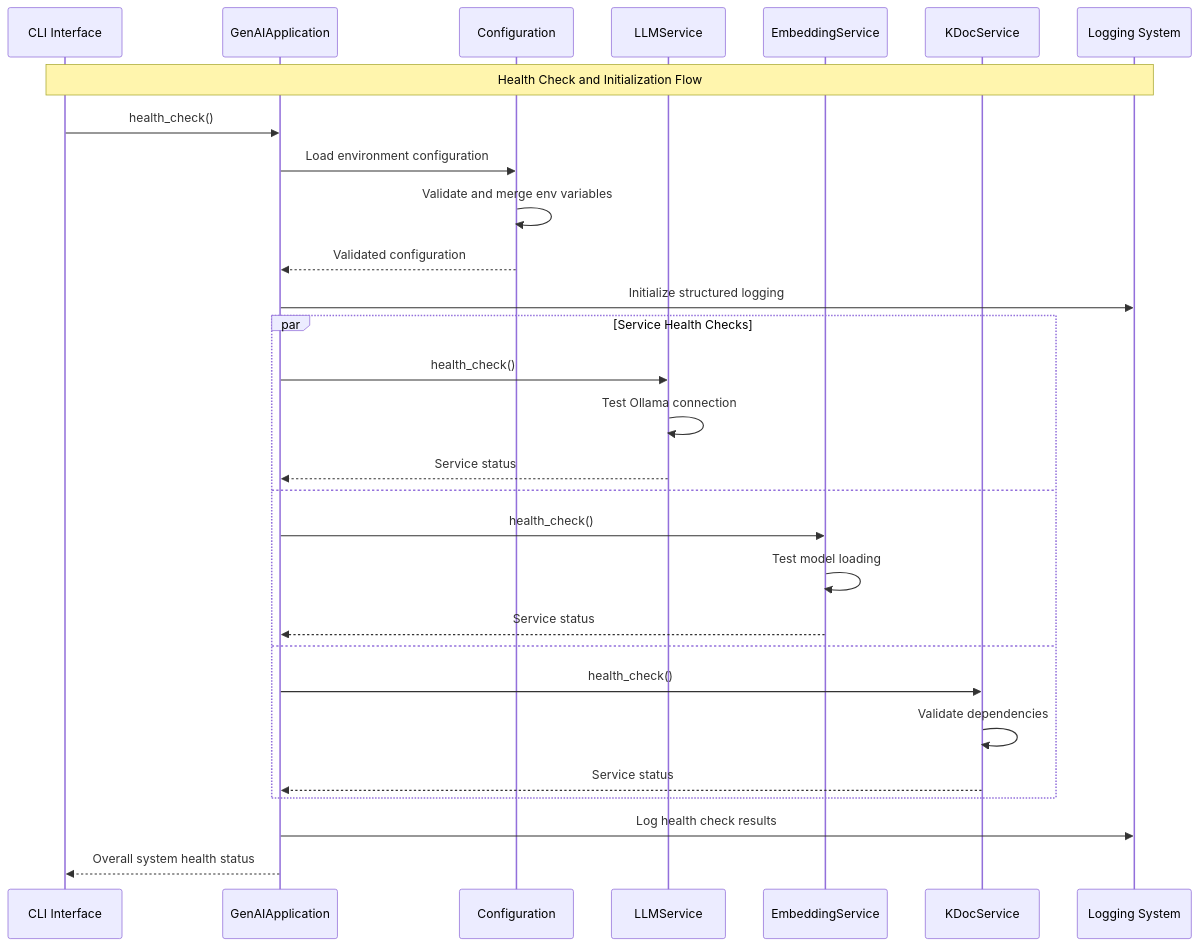
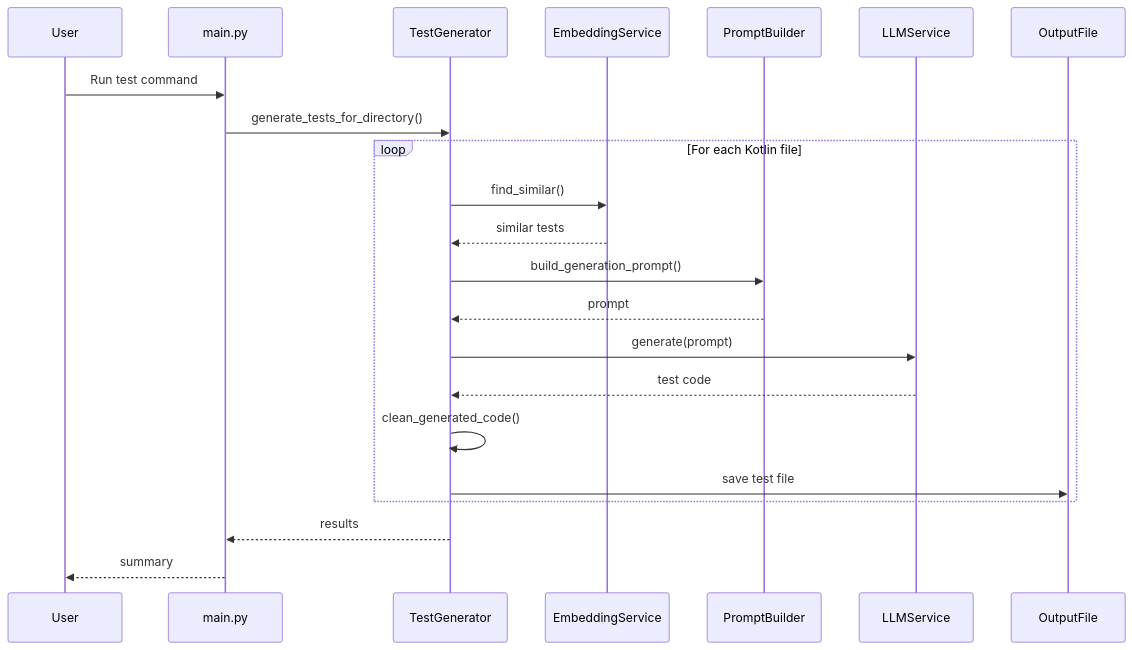
The second of 3 diagrams in docs/DIAGRAMS.md (adityakamath-90/DevTools), drawn with Mermaid before and after one commit. The commit also changed other lines of this file and 29 other files, not shown here.

Commit message:
Added Validaiton sytes, missing model files, Verified test code/kdoc generation

````diff
--- a/docs/DIAGRAMS.md
+++ b/docs/DIAGRAMS.md
@@ -635,36 +34,25 @@
 ```mermaid
 sequenceDiagram
-    participant CLI as CLI Interface
-    participant App as GenAIApplication
-    participant Config as Configuration
-    participant LLMSvc as LLMService
-    participant EmbedSvc as EmbeddingService
-    participant KDocSvc as KDocService
-    participant Logger as Logging System
+    participant User
+    participant CLI as main.py
+    participant TestGen as TestGenerator
+    participant Embed as EmbeddingService
+    participant Prompt as PromptBuilder
+    participant LLM as LLMService
+    participant File as OutputFile
 
-    Note over CLI, Logger: Health Check and Initialization Flow
-
-    CLI->>App: health_check()
-    App->>Config: Load environment configuration
-    Config->>Config: Validate and merge env variables
-    Config-->>App: Validated configuration
-    
-    App->>Logger: Initialize structured logging
-    
-    par Service Health Checks
-        App->>LLMSvc: health_check()
-        LLMSvc->>LLMSvc: Test Ollama connection
-        LLMSvc-->>App: Service status
-    and
-        App->>EmbedSvc: health_check()
-        EmbedSvc->>EmbedSvc: Test model loading
-        EmbedSvc-->>App: Service status
-    and
-        App->>KDocSvc: health_check()
-        KDocSvc->>KDocSvc: Validate dependencies
-        KDocSvc-->>App: Service status
+    User->>CLI: Run test command
+    CLI->>TestGen: generate_tests_for_directory()
+    loop For each Kotlin file
+        TestGen->>Embed: find_similar()
+        Embed-->>TestGen: similar tests
+        TestGen->>Prompt: build_generation_prompt()
+        Prompt-->>TestGen: prompt
+        TestGen->>LLM: generate(prompt)
+        LLM-->>TestGen: test code
+        TestGen->>TestGen: clean_generated_code()
+        TestGen->>File: save test file
     end
-    
-    App->>Logger: Log health check results
-    App-->>CLI: Overall system health status
+    TestGen-->>CLI: results
+    CLI-->>User: summary
 ```
````
